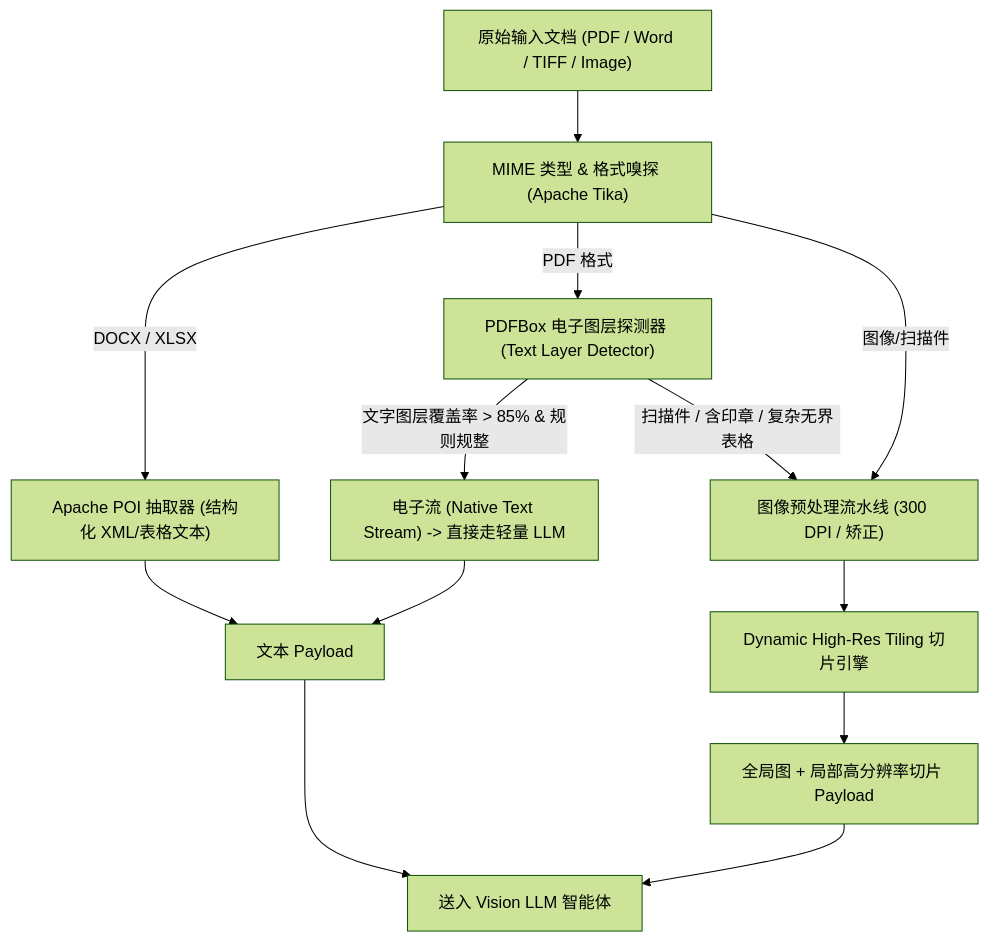
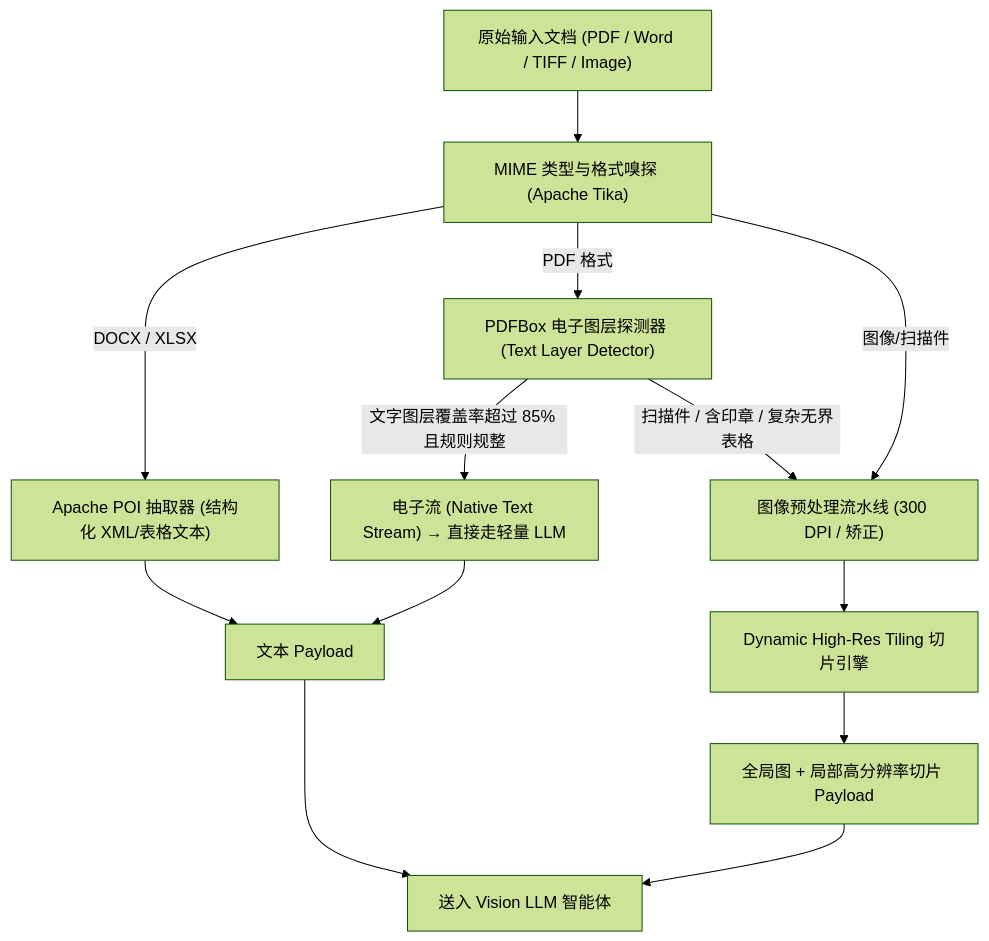
Before and after one commit to xyfu66/BlogWeb: the first of 2 diagrams in source/blog-web/src/posts/series/enterprise-ai-ocr/enterprise-ai-ocr-part-2-document-pipeline-tiling.md, drawn with Mermaid (forest theme). The commit also changed other lines of this file and 4 other files, not shown here.

Commit message:
fix: cursor中图表渲染问题

````diff
--- a/source/blog-web/src/posts/series/enterprise-ai-ocr/enterprise-ai-ocr-part-2-document-pipeline-tiling.md
+++ b/source/blog-web/src/posts/series/enterprise-ai-ocr/enterprise-ai-ocr-part-2-document-pipeline-tiling.md
@@ -24,19 +24,19 @@
 ```mermaid
 flowchart TD
-    RawFile["原始输入文档 (PDF / Word / TIFF / Image)"] --> MimeDetector["MIME 类型 & 格式嗅探 (Apache Tika)"]
+    RawFile["原始输入文档 (PDF / Word / TIFF / Image)"] --> MimeDetector["MIME 类型与格式嗅探 (Apache Tika)"]
     
-    MimeDetector -->|DOCX / XLSX| POIExtractor["Apache POI 抽取器 (结构化 XML/表格文本)"]
-    MimeDetector -->|PDF 格式| PDFInspector["PDFBox 电子图层探测器 (Text Layer Detector)"]
-    MimeDetector -->|图像/扫描件| ImagePreprocessor["图像预处理流水线 (300 DPI / 矫正)"]
+    MimeDetector -->|"DOCX / XLSX"| POIExtractor["Apache POI 抽取器 (结构化 XML/表格文本)"]
+    MimeDetector -->|"PDF 格式"| PDFInspector["PDFBox 电子图层探测器 (Text Layer Detector)"]
+    MimeDetector -->|"图像/扫描件"| ImagePreprocessor["图像预处理流水线 (300 DPI / 矫正)"]
     
-    PDFInspector -->|文字图层覆盖率 > 85% & 规则规整| DigitalStream["电子流 (Native Text Stream) -> 直接走轻量 LLM"]
-    PDFInspector -->|扫描件 / 含印章 / 复杂无界表格| ImagePreprocessor
+    PDFInspector -->|"文字图层覆盖率超过 85% 且规则规整"| DigitalStream["电子流 (Native Text Stream) → 直接走轻量 LLM"]
+    PDFInspector -->|"扫描件 / 含印章 / 复杂无界表格"| ImagePreprocessor
     
     ImagePreprocessor --> TilingEngine["Dynamic High-Res Tiling 切片引擎"]
     
     POIExtractor --> TextPayload["文本 Payload"]
     DigitalStream --> TextPayload
     TilingEngine --> MultimodalPayload["全局图 + 局部高分辨率切片 Payload"]
     
     TextPayload & MultimodalPayload --> AgentEngine["送入 Vision LLM 智能体"]
 ```
````
